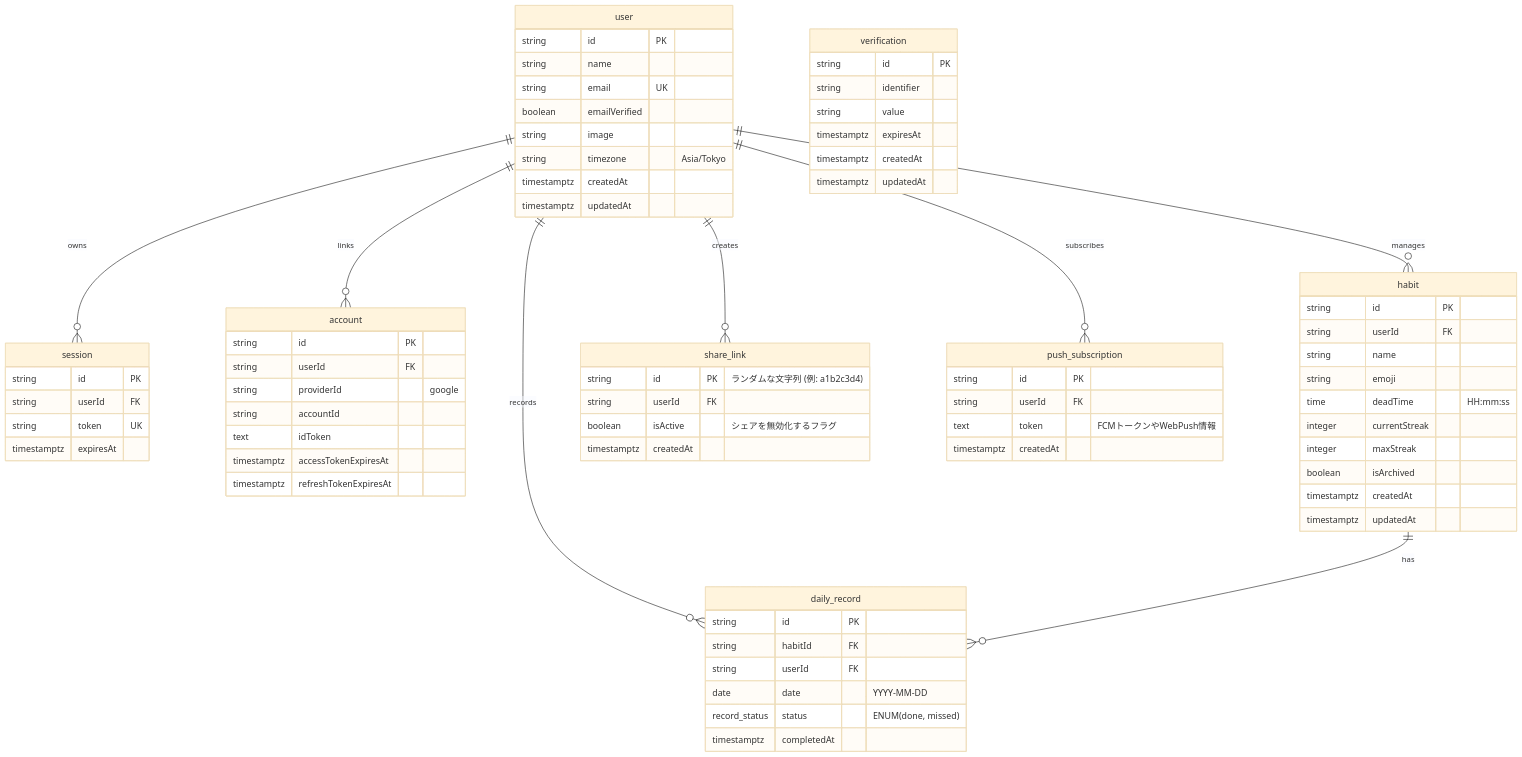
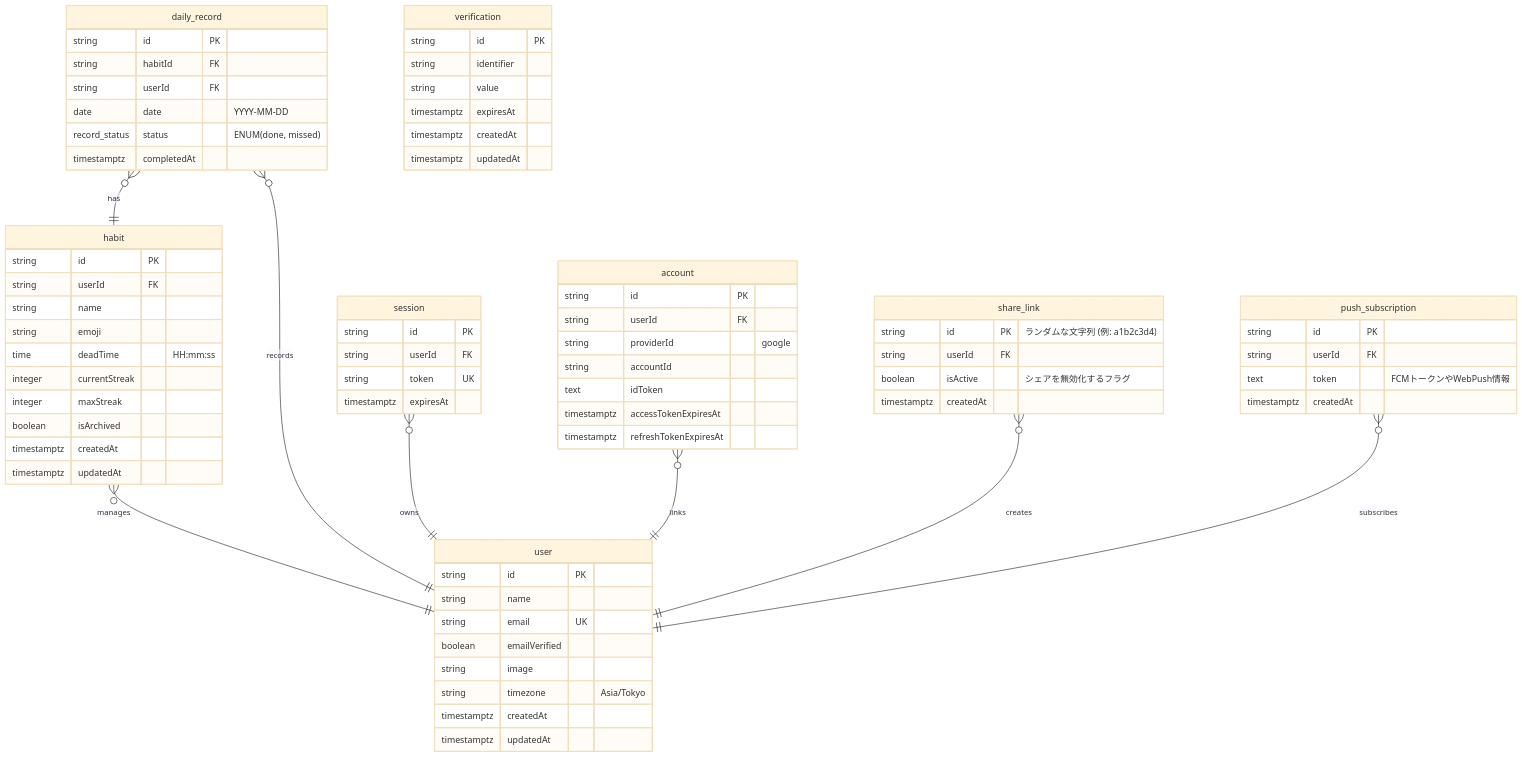
One commit to devegoma/dailygreen changed the diagram in docs/db.md. Above: the diagram before and after it, drawn with Mermaid (base theme). The commit also changed 1 other file, not shown here.

Commit message:
docs: ER図を縦長レイアウトに最適化

````diff
--- a/docs/db.md
+++ b/docs/db.md
@@ -9,12 +9,34 @@
 ```mermaid
 erDiagram
-    user ||--o{ session : "owns"
-    user ||--o{ account : "links"
-    user ||--o{ habit : "manages"
-    user ||--o{ daily_record : "records"
-    user ||--o{ share_link : "creates"
-    user ||--o{ push_subscription : "subscribes"
-    habit ||--o{ daily_record : "has"
+    daily_record }o--|| habit : "has"
+    habit }o--|| user : "manages"
+    daily_record }o--|| user : "records"
+    session }o--|| user : "owns"
+    account }o--|| user : "links"
+    share_link }o--|| user : "creates"
+    push_subscription }o--|| user : "subscribes"
+
+    daily_record {
+        string id PK
+        string habitId FK
+        string userId FK
+        date date "YYYY-MM-DD"
+        record_status status "ENUM(done, missed)"
+        timestamptz completedAt
+    }
+
+    habit {
+        string id PK
+        string userId FK
+        string name
+        string emoji
+        time deadTime "HH:mm:ss"
+        integer currentStreak
+        integer maxStreak
+        boolean isArchived
+        timestamptz createdAt
+        timestamptz updatedAt
+    }
 
     user {
         string id PK
@@ -53,28 +75,6 @@
         timestamptz updatedAt
     }
 
-    habit {
-        string id PK
-        string userId FK
-        string name
-        string emoji
-        time deadTime "HH:mm:ss"
-        integer currentStreak
-        integer maxStreak
-        boolean isArchived
-        timestamptz createdAt
-        timestamptz updatedAt
-    }
-
-    daily_record {
-        string id PK
-        string habitId FK
-        string userId FK
-        date date "YYYY-MM-DD"
-        record_status status "ENUM(done, missed)"
-        timestamptz completedAt
-    }
-
     share_link {
         string id PK "ランダムな文字列 (例: a1b2c3d4)"
         string userId FK
@@ -88,5 +88,4 @@
         text token "FCMトークンやWebPush情報"
         timestamptz createdAt
     }
-
 ```
````
